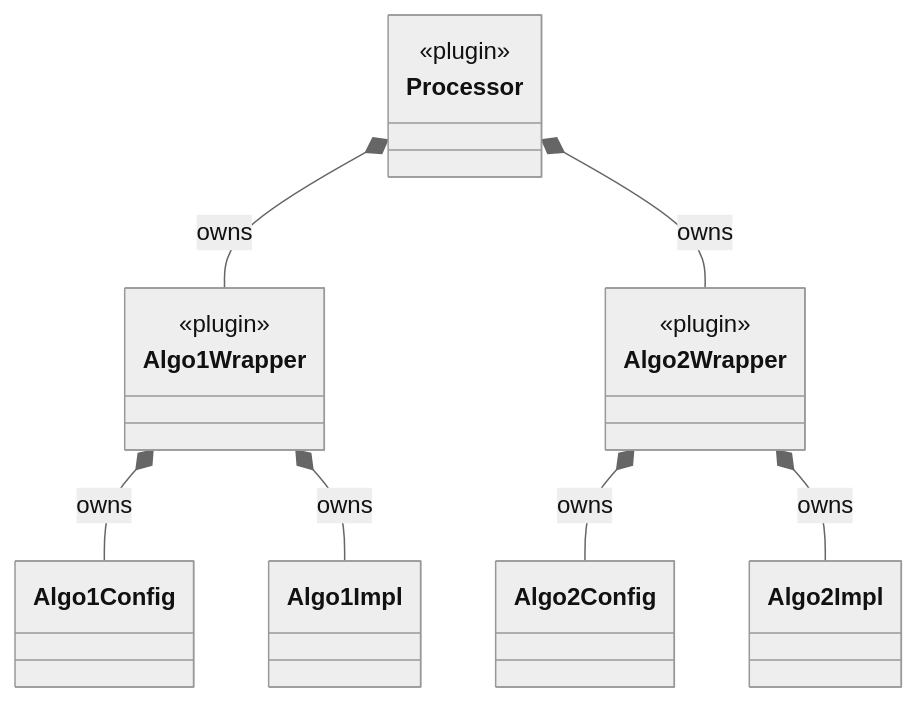
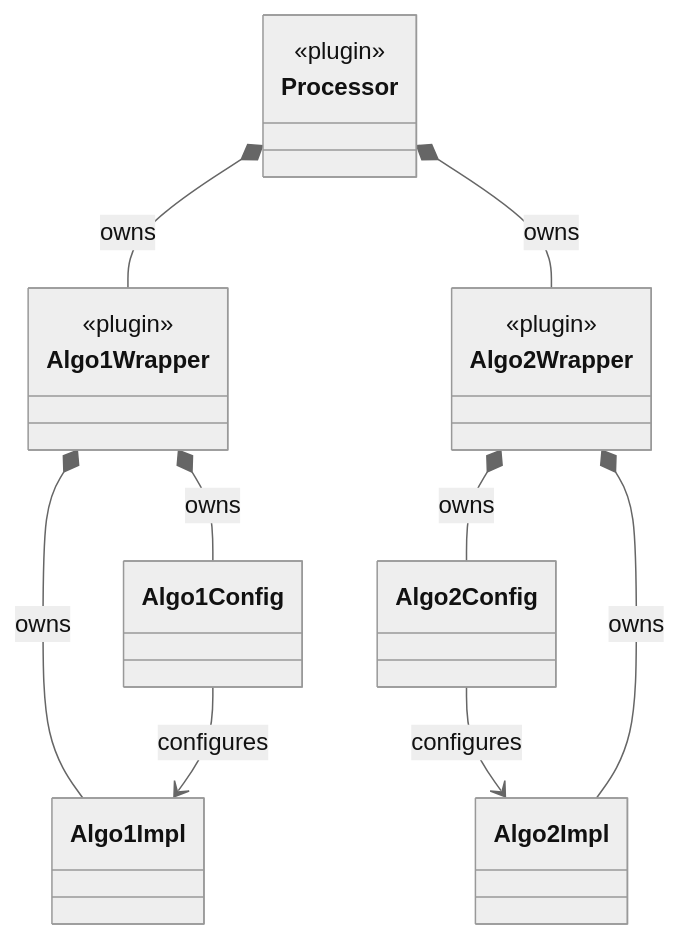
One commit to hgc-tpg/cmssw changed the third of 3 diagrams in L1Trigger/L1THGCal/README.md. Above: the diagram before and after it, drawn with Mermaid (neutral theme). The commit also changed other lines of this file, not shown here.

Commit message:
Complete documentation section on code architecture

````diff
--- a/L1Trigger/L1THGCal/README.md
+++ b/L1Trigger/L1THGCal/README.md
@@ -77,18 +111,20 @@
 ```mermaid
 classDiagram
     Processor *-- Algo1Wrapper : owns
     Processor *-- Algo2Wrapper : owns
     Algo1Wrapper *-- Algo1Config : owns
     Algo1Wrapper *-- Algo1Impl : owns
+    Algo1Config --> Algo1Impl : configures
+    Algo2Config --> Algo2Impl : configures
     Algo2Wrapper *-- Algo2Config : owns
     Algo2Wrapper *-- Algo2Impl : owns
     class Processor {
         <<plugin>>
     }
     class Algo1Wrapper {
         <<plugin>>
     }
     class Algo2Wrapper {
         <<plugin>>
     }
 ```
````
